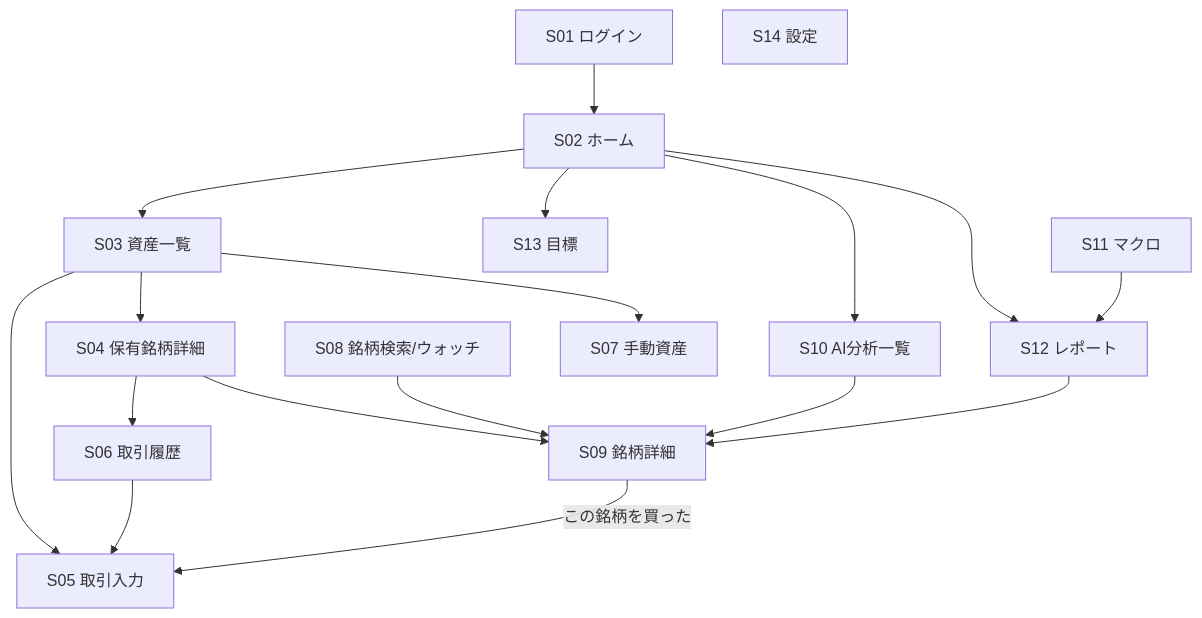
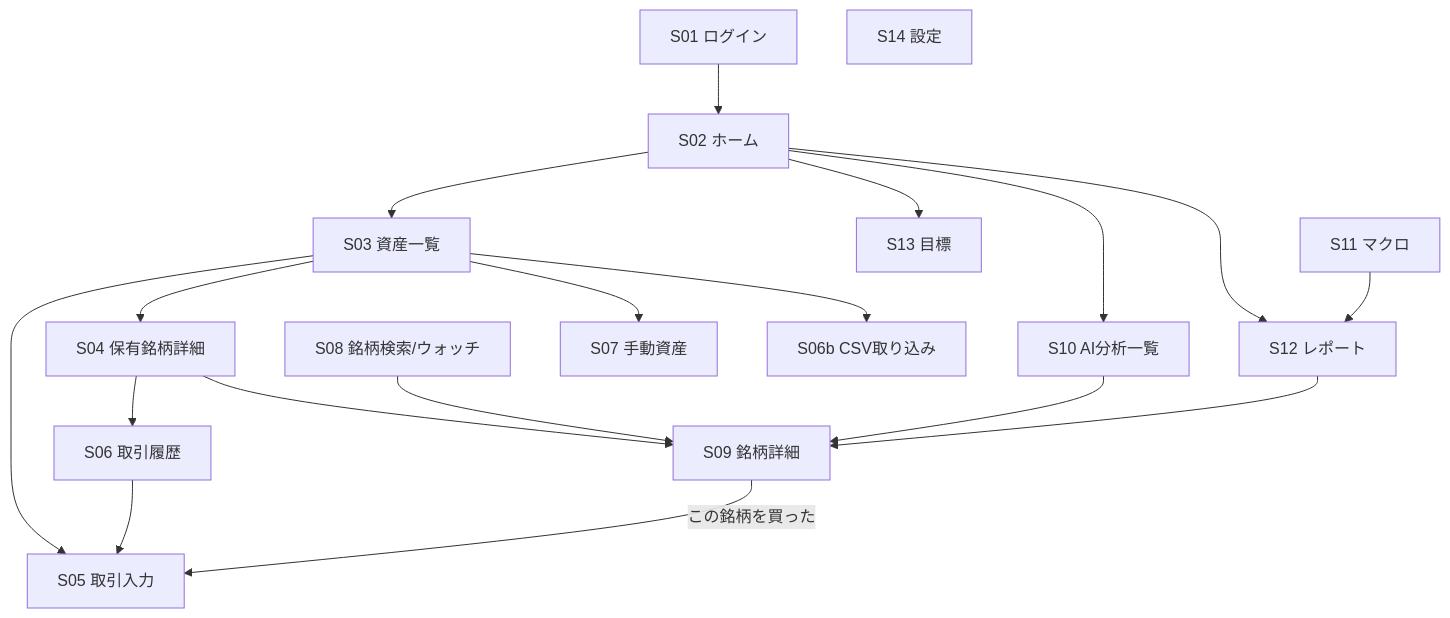
One commit to kakuyakun6118-eng/- changed the diagram in docs/ai-investment-assistant/03-screens.md. Above: the diagram before and after it, drawn with Mermaid. The commit also changed other lines of this file and 11 other files, not shown here.

````diff
--- a/docs/ai-investment-assistant/03-screens.md
+++ b/docs/ai-investment-assistant/03-screens.md
@@ -30,24 +34,25 @@
 ```mermaid
 flowchart TD
   Login[S01 ログイン] --> Home[S02 ホーム]
 
   Home --> Assets[S03 資産一覧]
   Home --> Analysis[S10 AI分析一覧]
   Home --> Report[S12 レポート]
   Home --> Goals[S13 目標]
 
   Assets --> Holding[S04 保有銘柄詳細]
   Assets --> Manual[S07 手動資産]
   Assets --> TxNew[S05 取引入力]
   Holding --> Stock[S09 銘柄詳細]
   Holding --> TxList[S06 取引履歴]
   TxList --> TxNew
 
+  Assets --> Import[S06b CSV取り込み]
   Stocks[S08 銘柄検索/ウォッチ] --> Stock
   Analysis --> Stock
   Report --> Stock
   Stock -->|この銘柄を買った| TxNew
 
   Macro[S11 マクロ] --> Report
   Settings[S14 設定]
 ```
````
